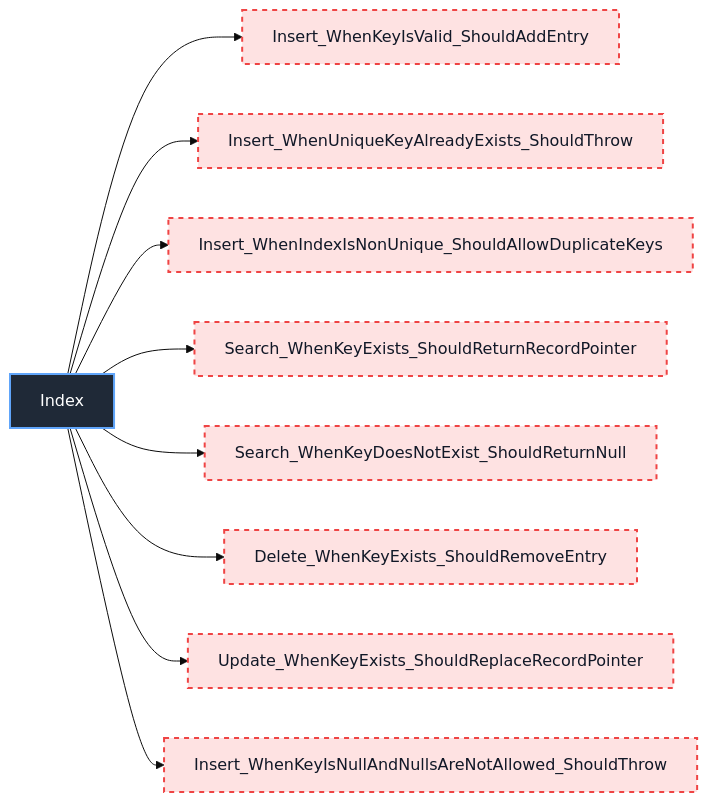
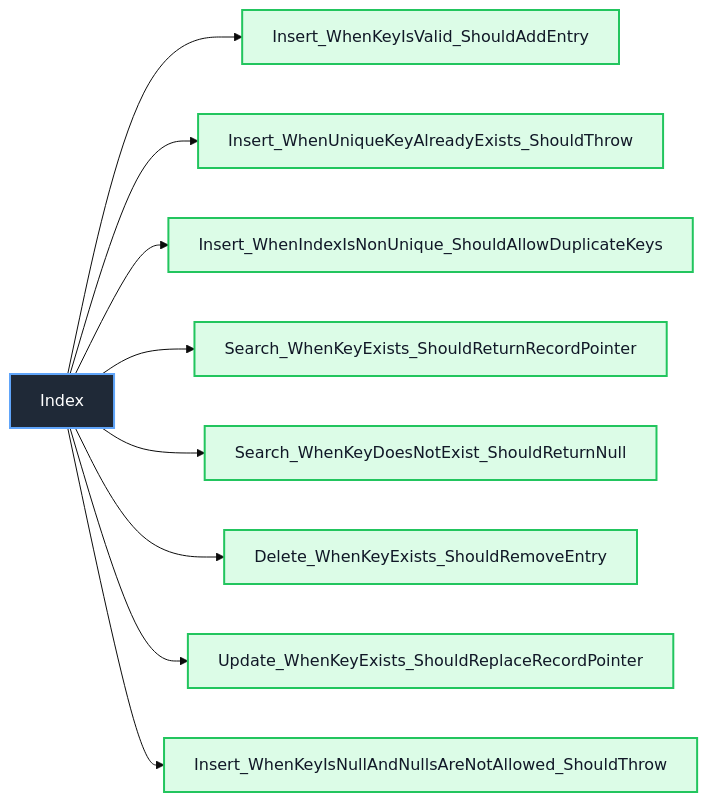
The tenth of 30 diagrams in docs/unit-test/README.md (manaxpow/DBMS), drawn with Mermaid (base theme) before and after one commit. The commit also changed other lines of this file and 13 other files, not shown here.

````diff
--- a/docs/unit-test/README.md
+++ b/docs/unit-test/README.md
@@ -228,20 +228,20 @@
 ```mermaid
 flowchart LR
     Class_Index["Index"]
 
     Class_Index --> IDX_001["Insert_WhenKeyIsValid_ShouldAddEntry"]
     Class_Index --> IDX_002["Insert_WhenUniqueKeyAlreadyExists_ShouldThrow"]
     Class_Index --> IDX_003["Insert_WhenIndexIsNonUnique_ShouldAllowDuplicateKeys"]
     Class_Index --> IDX_004["Search_WhenKeyExists_ShouldReturnRecordPointer"]
     Class_Index --> IDX_005["Search_WhenKeyDoesNotExist_ShouldReturnNull"]
     Class_Index --> IDX_006["Delete_WhenKeyExists_ShouldRemoveEntry"]
     Class_Index --> IDX_007["Update_WhenKeyExists_ShouldReplaceRecordPointer"]
     Class_Index --> IDX_008["Insert_WhenKeyIsNullAndNullsAreNotAllowed_ShouldThrow"]
 
     classDef classNode fill:#1f2937,stroke:#60a5fa,color:#ffffff,stroke-width:2px
     classDef completedTest fill:#dcfce7,stroke:#22c55e,color:#111827,stroke-width:2px
     classDef missingTest fill:#fee2e2,stroke:#ef4444,color:#111827,stroke-width:2px,stroke-dasharray: 5 5
 
     class Class_Index classNode
-    class IDX_001,IDX_002,IDX_003,IDX_004,IDX_005,IDX_006,IDX_007,IDX_008 missingTest
+    class IDX_001,IDX_002,IDX_003,IDX_004,IDX_005,IDX_006,IDX_007,IDX_008 completedTest
 ```
````
